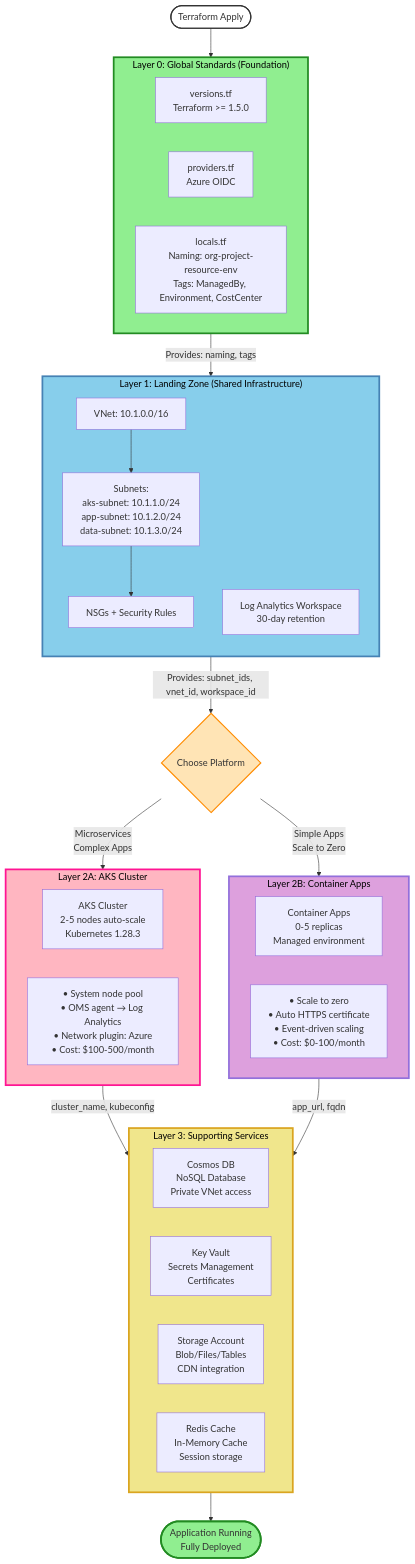
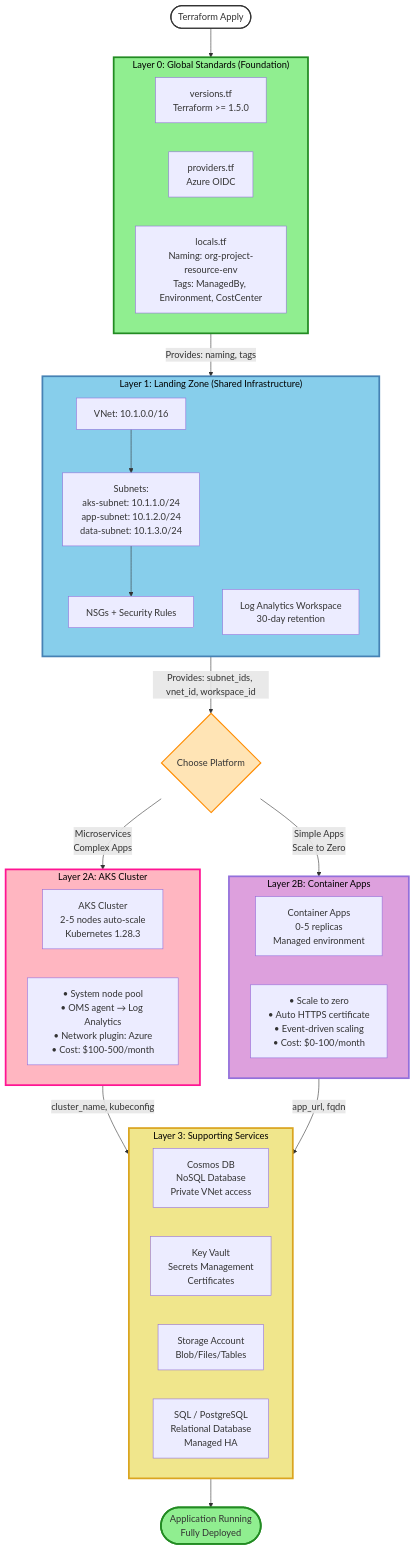
Before and after one commit to sandy-gunawan/demoterraform: the first of 3 diagrams in docs/ARCHITECTURE-QUICK-REFERENCE.md, drawn with Mermaid. The commit also changed other lines of this file and 66 other files, not shown here.

````diff
--- a/docs/ARCHITECTURE-QUICK-REFERENCE.md
+++ b/docs/ARCHITECTURE-QUICK-REFERENCE.md
@@ -9,61 +9,61 @@
 ```mermaid
 graph TB
     Start([Terraform Apply]) --> Layer0
     
     subgraph Layer0["Layer 0: Global Standards (Foundation)"]
         direction LR
         L0A[versions.tf<br/>Terraform >= 1.5.0]
         L0B[providers.tf<br/>Azure OIDC]
         L0C[locals.tf<br/>Naming: org-project-resource-env<br/>Tags: ManagedBy, Environment, CostCenter]
     end
     
     Layer0 --> |Provides: naming, tags| Layer1
     
     subgraph Layer1["Layer 1: Landing Zone (Shared Infrastructure)"]
         direction TB
         L1A[VNet: 10.1.0.0/16]
         L1B[Subnets:<br/>aks-subnet: 10.1.1.0/24<br/>app-subnet: 10.1.2.0/24<br/>data-subnet: 10.1.3.0/24]
         L1C[NSGs + Security Rules]
         L1D[Log Analytics Workspace<br/>30-day retention]
         L1A --> L1B --> L1C
     end
     
     Layer1 --> |Provides: subnet_ids, vnet_id, workspace_id| Choice
     
     Choice{Choose Platform}
     
     Choice --> |Microservices<br/>Complex Apps| Layer2A
     Choice --> |Simple Apps<br/>Scale to Zero| Layer2B
     
     subgraph Layer2A["Layer 2A: AKS Cluster"]
         AKS[AKS Cluster<br/>2-5 nodes auto-scale<br/>Kubernetes 1.28.3]
         AKS_Features[• System node pool<br/>• OMS agent → Log Analytics<br/>• Network plugin: Azure<br/>• Cost: $100-500/month]
     end
     
     subgraph Layer2B["Layer 2B: Container Apps"]
         CA[Container Apps<br/>0-5 replicas<br/>Managed environment]
         CA_Features[• Scale to zero<br/>• Auto HTTPS certificate<br/>• Event-driven scaling<br/>• Cost: $0-100/month]
     end
     
     Layer2A --> |cluster_name, kubeconfig| Layer3
     Layer2B --> |app_url, fqdn| Layer3
     
     subgraph Layer3["Layer 3: Supporting Services"]
         direction LR
         L3A[Cosmos DB<br/>NoSQL Database<br/>Private VNet access]
         L3B[Key Vault<br/>Secrets Management<br/>Certificates]
-        L3C[Storage Account<br/>Blob/Files/Tables<br/>CDN integration]
-        L3D[Redis Cache<br/>In-Memory Cache<br/>Session storage]
+        L3C[Storage Account<br/>Blob/Files/Tables]
+        L3D[SQL / PostgreSQL<br/>Relational Database<br/>Managed HA]
     end
     
     Layer3 --> Complete([Application Running<br/>Fully Deployed])
     
     style Layer0 fill:#90EE90,color:#000,stroke:#228B22,stroke-width:3px
     style Layer1 fill:#87CEEB,color:#000,stroke:#4682B4,stroke-width:3px
     style Layer2A fill:#FFB6C1,color:#000,stroke:#FF1493,stroke-width:3px
     style Layer2B fill:#DDA0DD,color:#000,stroke:#9370DB,stroke-width:3px
     style Layer3 fill:#F0E68C,color:#000,stroke:#DAA520,stroke-width:3px
     style Start fill:#fff,stroke:#333,stroke-width:2px
     style Complete fill:#90EE90,stroke:#228B22,stroke-width:3px
     style Choice fill:#FFE4B5,stroke:#FF8C00,stroke-width:2px
 ```
````
